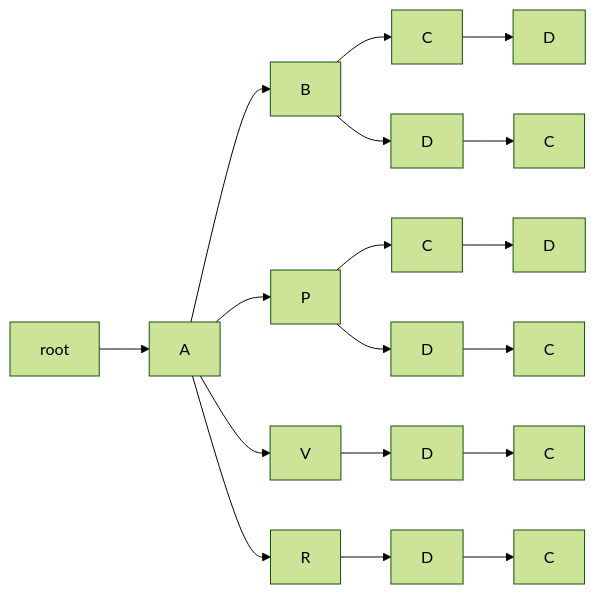
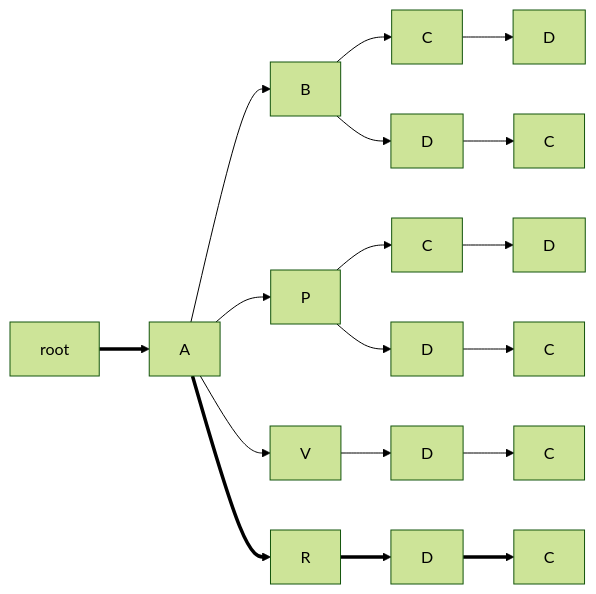
The seventh of 16 diagrams in model/export-tree.md (vedph/gve-doc), drawn with Mermaid (forest theme) before and after one commit. The commit also changed other lines of this file, not shown here.

````diff
--- a/model/export-tree.md
+++ b/model/export-tree.md
@@ -138,21 +138,21 @@
 ```mermaid
 graph LR;
 
-root --> A
+root ==> A
 A --> B
 B --> C
 C --> D6[D]
 A --> P
 P --> C5
 C5[C] --> D5[D]
 P --> D4[D]
 D4 --> C4[C]
 B --> D3[D]
 D3 --> C3[C]
 A --> V
 V --> D2[D]
 D2 --> C2[C]
-A --> R
-R --> D1[D]
-D1 --> C1[C]
+A ==> R
+R ==> D1[D]
+D1 ==> C1[C]
 ```
````
